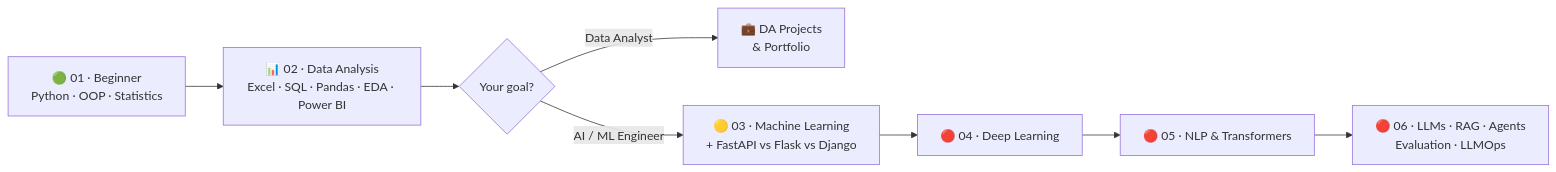
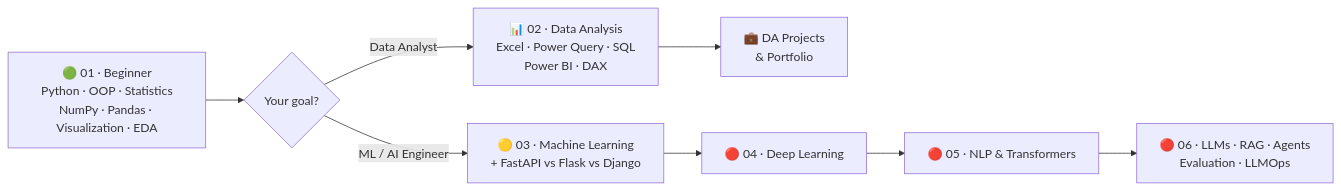
One commit to Omar-Mans/AI-Roadmap-2027 changed the diagram in README.md. Above: the diagram before and after it, drawn with Mermaid. The commit also changed other lines of this file and 4 other files, not shown here.

First line of the commit message:
Move Python data packages to Beginner and split into DA / ML-AI tracks

````diff
--- a/README.md
+++ b/README.md
@@ -12,10 +12,10 @@
 ```mermaid
 flowchart LR
-    A["🟢 01 · Beginner<br/>Python · OOP · Statistics"] --> B["📊 02 · Data Analysis<br/>Excel · SQL · Pandas · EDA · Power BI"]
-    B --> C{"Your goal?"}
-    C -->|"Data Analyst"| D["💼 DA Projects<br/>& Portfolio"]
-    C -->|"AI / ML Engineer"| E["🟡 03 · Machine Learning<br/>+ FastAPI vs Flask vs Django"]
+    A["🟢 01 · Beginner<br/>Python · OOP · Statistics<br/>NumPy · Pandas · Visualization · EDA"] --> C{"Your goal?"}
+    C -->|"Data Analyst"| B["📊 02 · Data Analysis<br/>Excel · Power Query · SQL<br/>Power BI · DAX"]
+    B --> D["💼 DA Projects<br/>& Portfolio"]
+    C -->|"ML / AI Engineer"| E["🟡 03 · Machine Learning<br/>+ FastAPI vs Flask vs Django"]
     E --> F["🔴 04 · Deep Learning"]
     F --> G["🔴 05 · NLP & Transformers"]
     G --> H["🔴 06 · LLMs · RAG · Agents<br/>Evaluation · LLMOps"]
 ```
````
